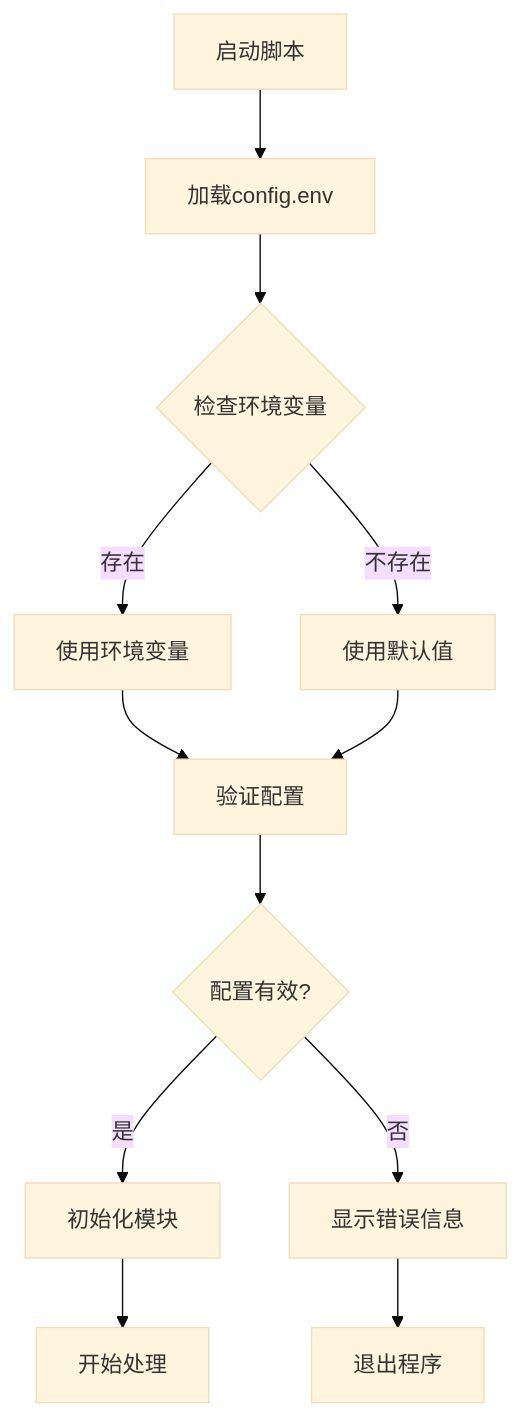
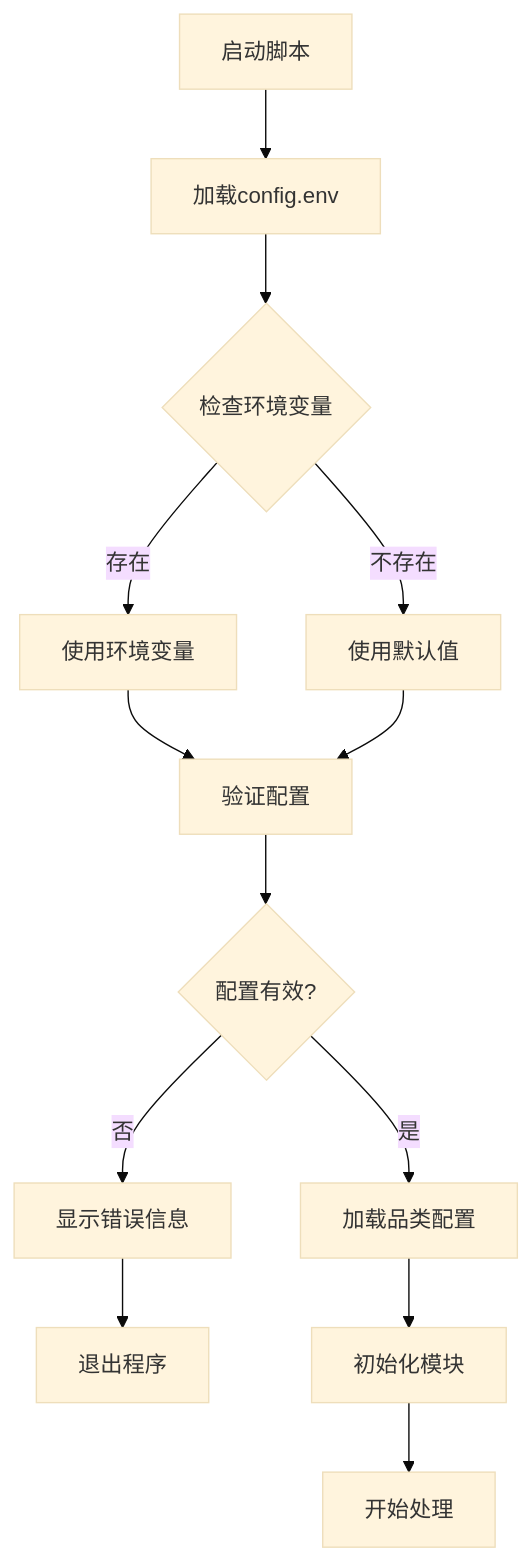
One commit to WongMingJiu/landingpage-test-hero-page changed diagram 13 of 14 in .qoder/repowiki/zh/content/核心模块详解/核心模块详解.md. Above: the diagram before and after it, drawn with Mermaid (base theme). The commit also changed other lines of this file and 6 other files, not shown here.

````diff
--- a/.qoder/repowiki/zh/content/核心模块详解/核心模块详解.md
+++ b/.qoder/repowiki/zh/content/核心模块详解/核心模块详解.md
@@ -396,14 +493,15 @@
 ```mermaid
 flowchart TD
 START[启动脚本] --> LOAD_CONFIG[加载config.env]
 LOAD_CONFIG --> CHECK_ENV{检查环境变量}
 CHECK_ENV --> |存在| USE_ENV[使用环境变量]
 CHECK_ENV --> |不存在| USE_DEFAULT[使用默认值]
 USE_ENV --> VALIDATE_CONFIG[验证配置]
 USE_DEFAULT --> VALIDATE_CONFIG
 VALIDATE_CONFIG --> CONFIG_OK{配置有效?}
-CONFIG_OK --> |是| INIT_MODULES[初始化模块]
+CONFIG_OK --> |是| LOAD_CATEGORY[加载品类配置]
 CONFIG_OK --> |否| SHOW_ERROR[显示错误信息]
 SHOW_ERROR --> EXIT[退出程序]
+LOAD_CATEGORY --> INIT_MODULES[初始化模块]
 INIT_MODULES --> RUN[开始处理]
 ```
````
